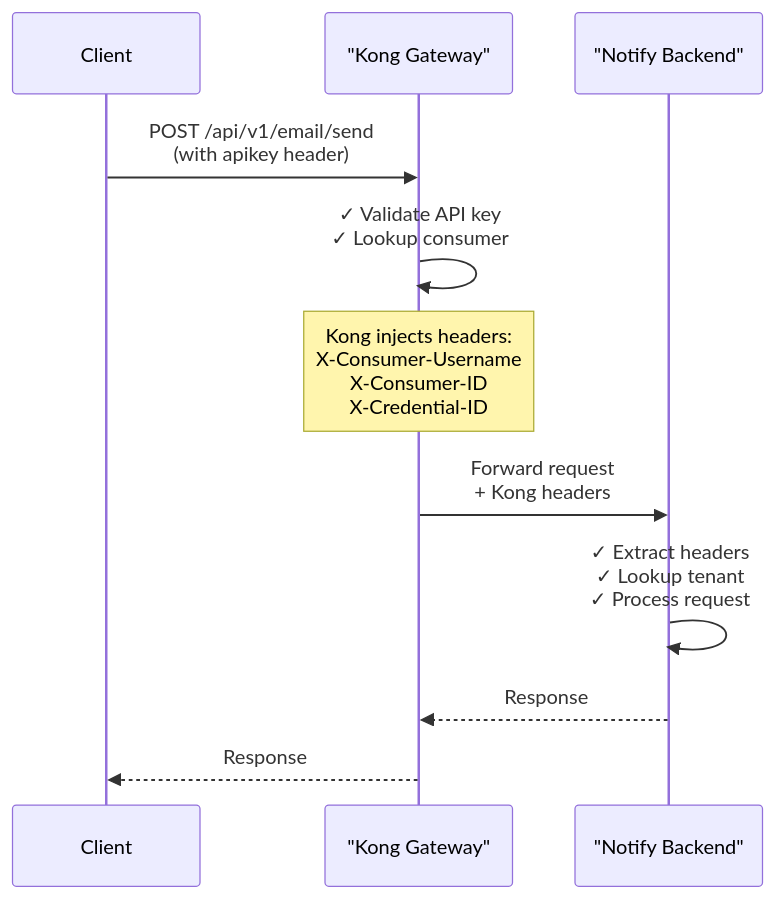
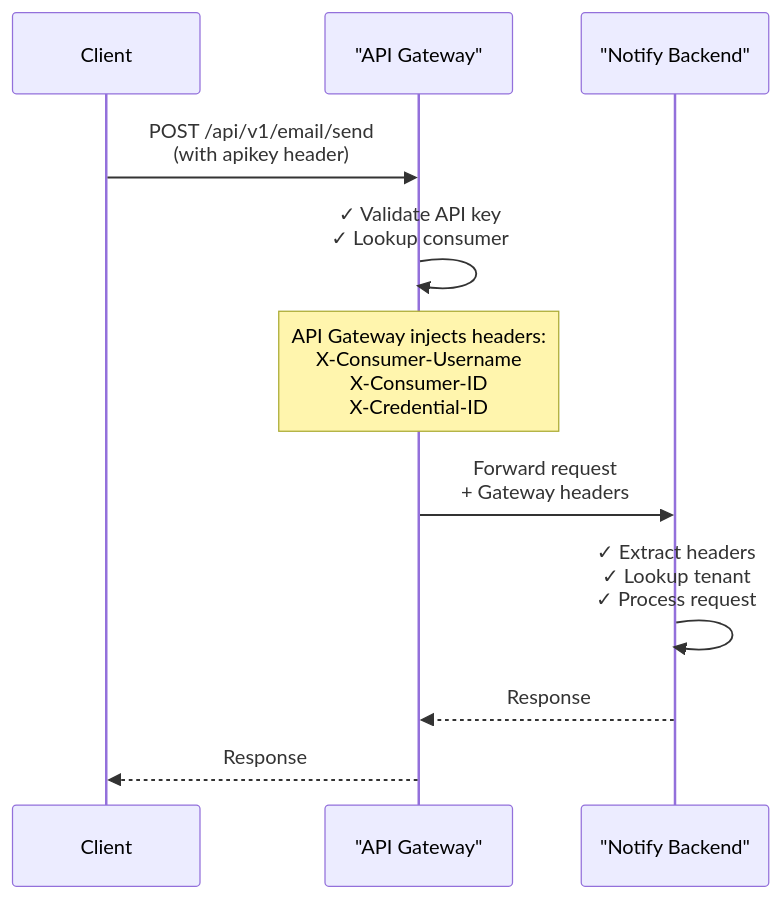
The fifth of 5 diagrams in notify_api_gateway_architecture_v3.md (bcgov/common-notify), drawn with Mermaid before and after one commit. The commit also changed other lines of this file and 3 other files, not shown here.

Commit message:
update gateway config to accept client credentials

````diff
--- a/notify_api_gateway_architecture_v3.md
+++ b/notify_api_gateway_architecture_v3.md
@@ -296,15 +296,15 @@
 ```mermaid
 sequenceDiagram
     participant Client
-    participant Kong as "Kong Gateway"
+    participant Gateway as "API Gateway"
     participant Backend as "Notify Backend"
 
-    Client->>Kong: POST /api/v1/email/send<br/>(with apikey header)
-    Kong->>Kong: ✓ Validate API key<br/>✓ Lookup consumer
-    Note over Kong: Kong injects headers:<br/>X-Consumer-Username<br/>X-Consumer-ID<br/>X-Credential-ID
+    Client->>Gateway: POST /api/v1/email/send<br/>(with apikey header)
+    Gateway->>Gateway: ✓ Validate API key<br/>✓ Lookup consumer
+    Note over Gateway: API Gateway injects headers:<br/>X-Consumer-Username<br/>X-Consumer-ID<br/>X-Credential-ID
 
-    Kong->>Backend: Forward request<br/>+ Kong headers
+    Gateway->>Backend: Forward request<br/>+ Gateway headers
     Backend->>Backend: ✓ Extract headers<br/>✓ Lookup tenant<br/>✓ Process request
-    Backend-->>Kong: Response
-    Kong-->>Client: Response
+    Backend-->>Gateway: Response
+    Gateway-->>Client: Response
 ```
````
